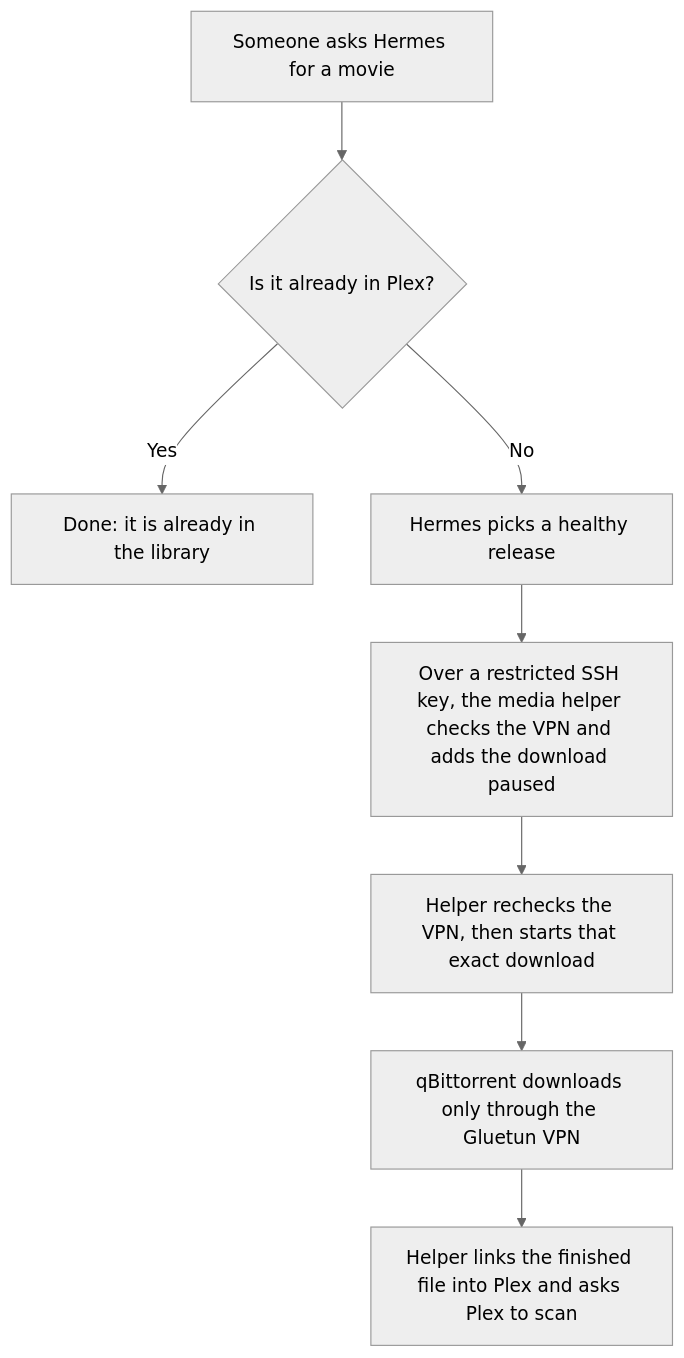
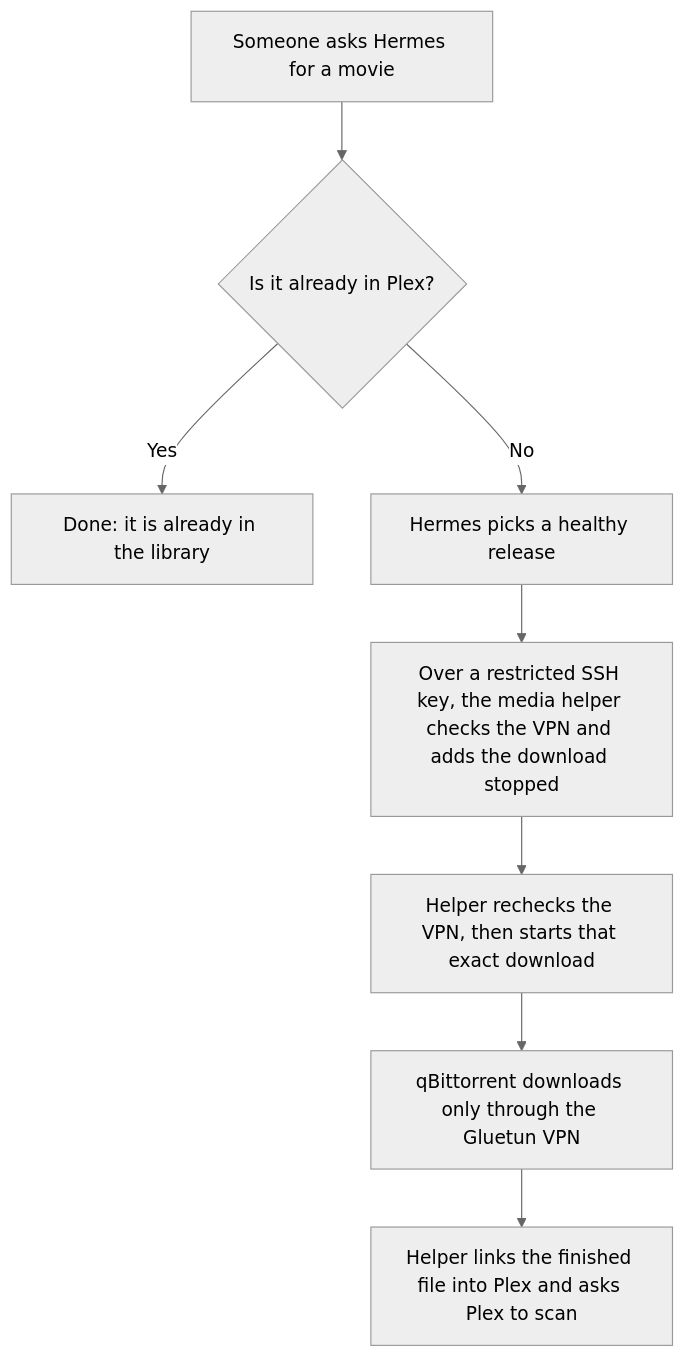
Before and after one commit to ctlst/hermes-media-aquisition: the diagram in README.md, drawn with Mermaid (neutral theme). The commit also changed other lines of this file and 24 other files, not shown here.

````diff
--- a/README.md
+++ b/README.md
@@ -3,10 +3,10 @@
 ```mermaid
 flowchart TD
     A["Someone asks Hermes for a movie"] --> B{"Is it already in Plex?"}
     B -- Yes --> C["Done: it is already in the library"]
     B -- No --> D["Hermes picks a healthy release"]
-    D --> E["Over a restricted SSH key, the media helper checks the VPN and adds the download paused"]
+    D --> E["Over a restricted SSH key, the media helper checks the VPN and adds the download stopped"]
     E --> F["Helper rechecks the VPN, then starts that exact download"]
     F --> G["qBittorrent downloads only through the Gluetun VPN"]
     G --> H["Helper links the finished file into Plex and asks Plex to scan"]
 ```
````
